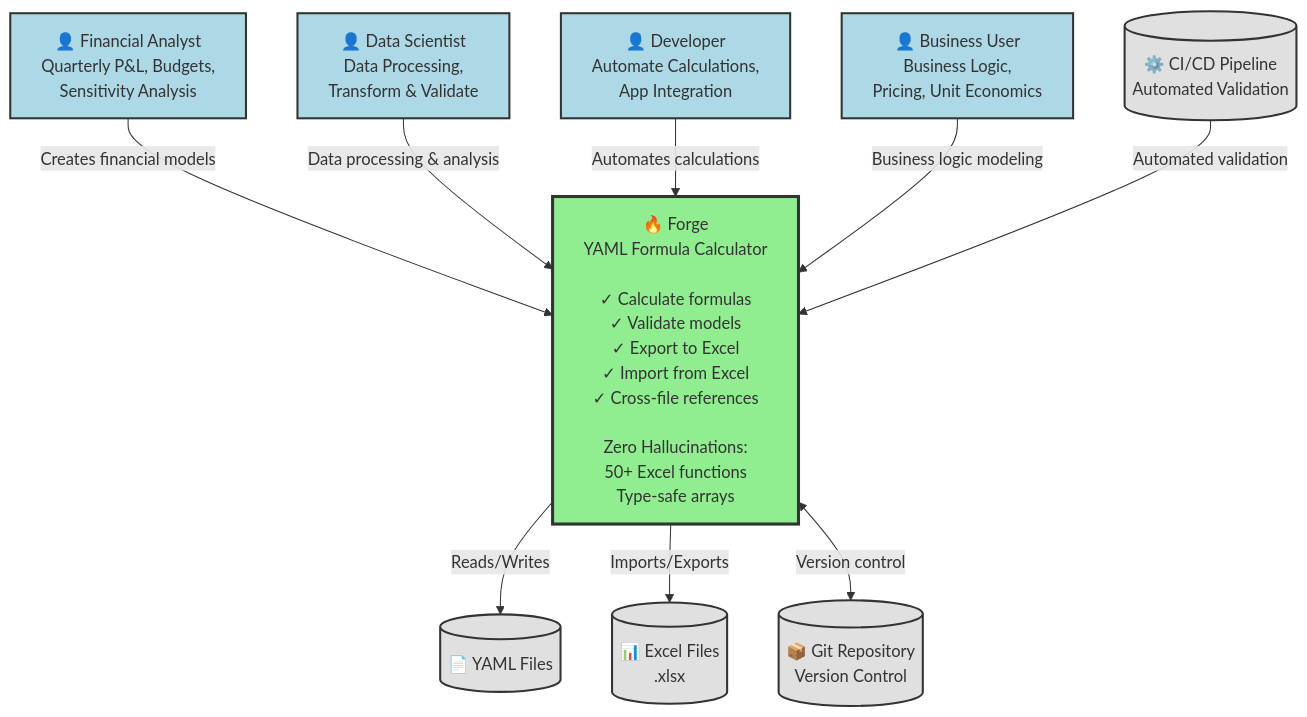
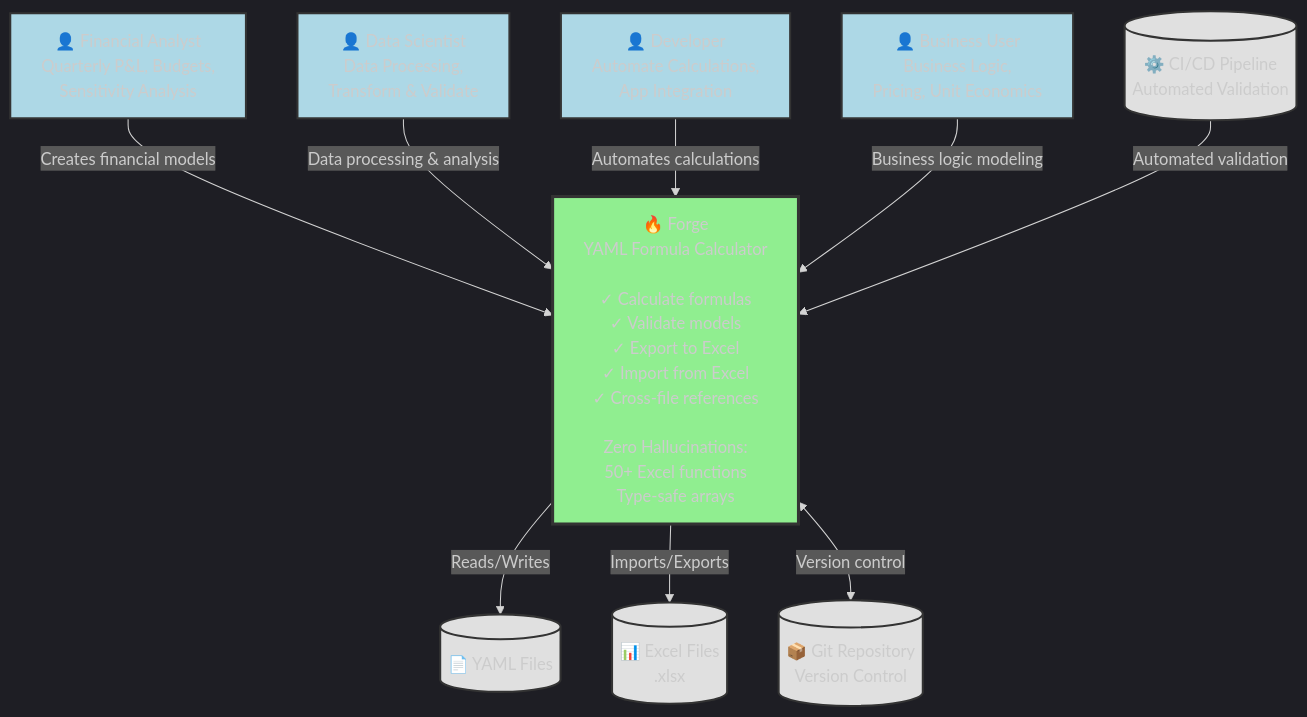
One commit to mollendorff-ai/forge changed the first of 2 diagrams in docs/architecture/00-OVERVIEW.md. Above: the diagram before and after it, drawn with Mermaid. The commit also changed other lines of this file, not shown here.

Commit message:
docs: Apply explicit 'dark' theme to Mermaid diagrams
GitHub's auto-detection isn't working properly, so explicitly setting
the 'dark' theme for better visibility on dark mode.

Applied to both diagrams in docs/architecture/00-OVERVIEW.md:
- System Context diagram
- High-Level Architecture diagram

Uses Mermaid's built-in 'dark' theme which is designed for dark backgrounds.

🤖 Generated with [Claude Code](https://claude.com/claude-code)

````diff
--- a/docs/architecture/00-OVERVIEW.md
+++ b/docs/architecture/00-OVERVIEW.md
@@ -59,37 +59,38 @@
 ```mermaid
+%%{init: {'theme':'dark'}}%%
 graph TB
     %% External Actors
     analyst["👤 Financial Analyst<br/>Quarterly P&L, Budgets,<br/>Sensitivity Analysis"]
     datascientist["👤 Data Scientist<br/>Data Processing,<br/>Transform & Validate"]
     developer["👤 Developer<br/>Automate Calculations,<br/>App Integration"]
     business["👤 Business User<br/>Business Logic,<br/>Pricing, Unit Economics"]
 
     %% Forge System
     forge["🔥 Forge<br/>YAML Formula Calculator<br/><br/>✓ Calculate formulas<br/>✓ Validate models<br/>✓ Export to Excel<br/>✓ Import from Excel<br/>✓ Cross-file references<br/><br/>Zero Hallucinations:<br/>50+ Excel functions<br/>Type-safe arrays"]
 
     %% External Systems
     git[("📦 Git Repository<br/>Version Control")]
     excel[("📊 Excel Files<br/>.xlsx")]
     yaml[("📄 YAML Files")]
     cicd[("⚙️ CI/CD Pipeline<br/>Automated Validation")]
 
     %% Relationships
     analyst -->|Creates financial models| forge
     datascientist -->|Data processing & analysis| forge
     developer -->|Automates calculations| forge
     business -->|Business logic modeling| forge
 
     forge -->|Reads/Writes| yaml
     forge -->|Imports/Exports| excel
     forge <-->|Version control| git
     cicd -->|Automated validation| forge
 
     %% Styling
     classDef forgeStyle fill:#90EE90,stroke:#333,stroke-width:3px
     classDef userStyle fill:#ADD8E6,stroke:#333,stroke-width:2px
     classDef systemStyle fill:#E0E0E0,stroke:#333,stroke-width:2px
 
     class forge forgeStyle
     class analyst,datascientist,developer,business userStyle
     class git,excel,yaml,cicd systemStyle
 ```
````
